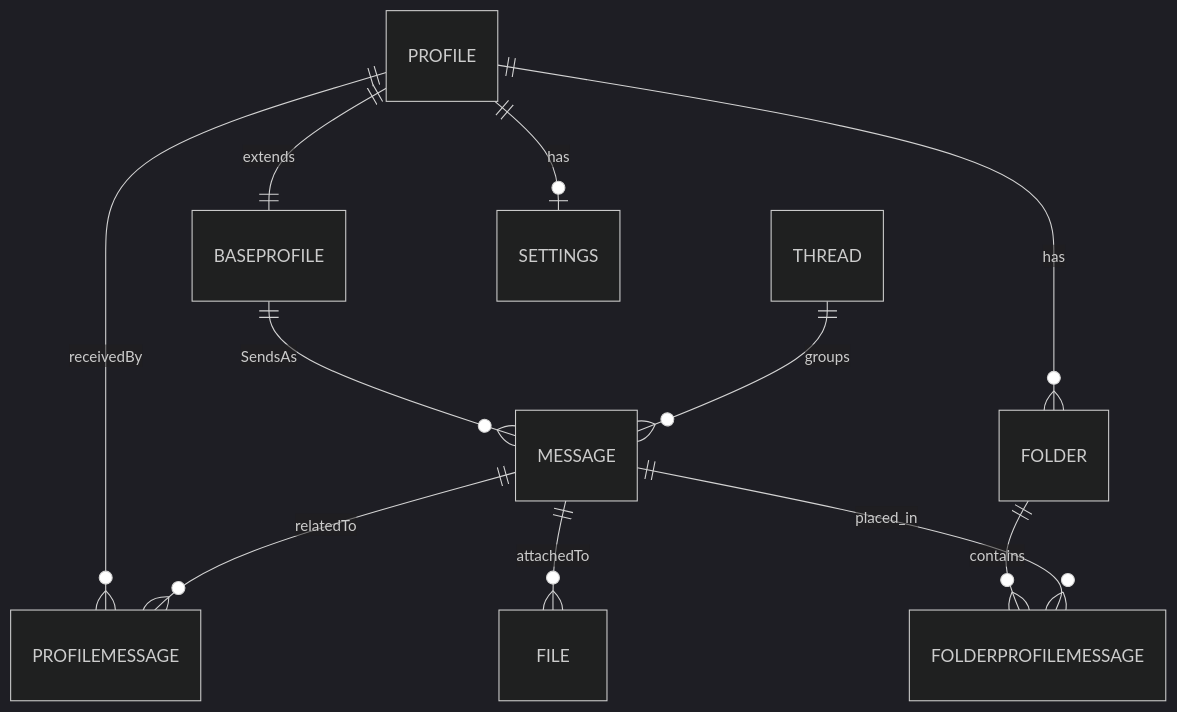
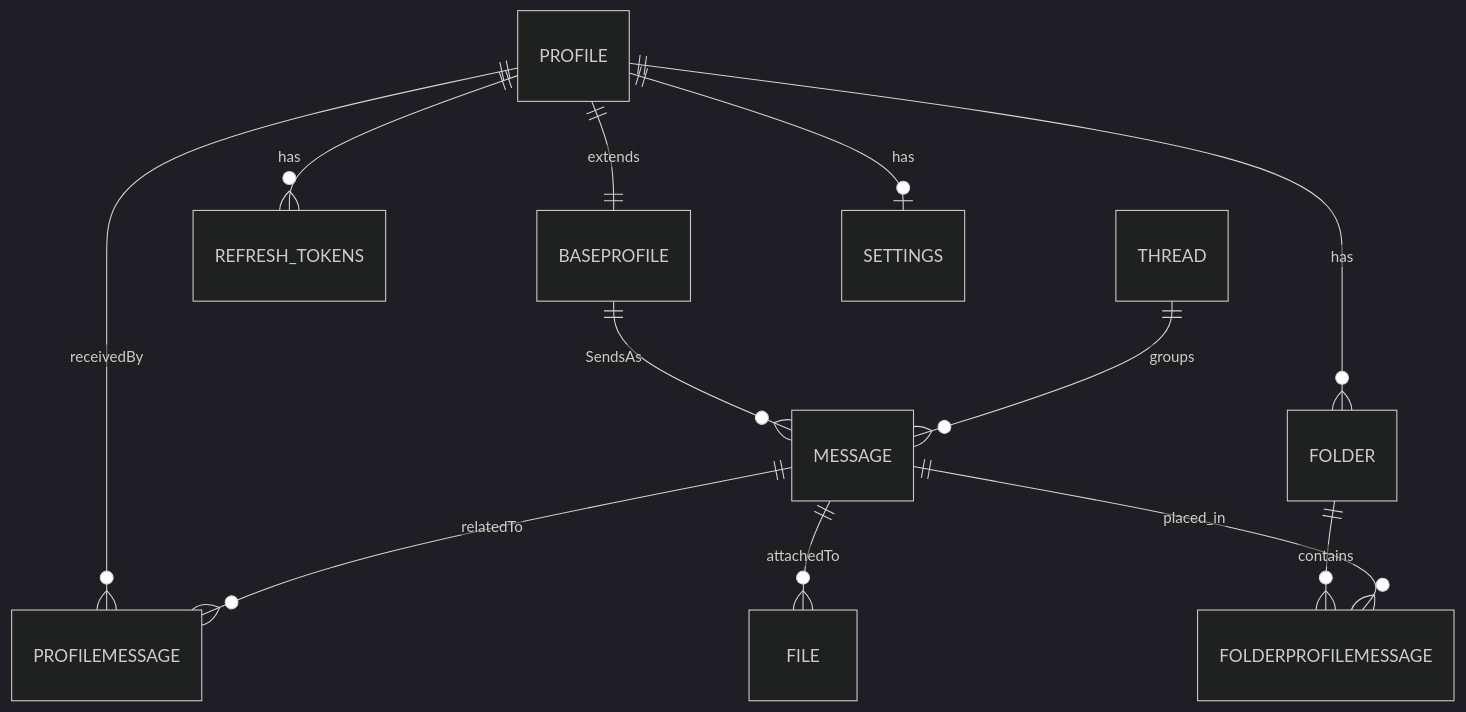
Before and after one commit to go-park-mail-ru/2025_2_A4Code: the first of 2 diagrams in db/normalized/RELATIONS.md, drawn with Mermaid (dark theme). The commit also changed other lines of this file and 3 other files, not shown here.

````diff
--- a/db/normalized/RELATIONS.md
+++ b/db/normalized/RELATIONS.md
@@ -82,23 +95,25 @@
 ```mermaid
 erDiagram
     BASEPROFILE { }
     PROFILE { }
+    REFRESH_TOKENS { }
     MESSAGE { }
     THREAD { }
     FOLDER { }
     FILE { }
     FOLDERPROFILEMESSAGE { }
     PROFILEMESSAGE { }
     SETTINGS { }
 
     PROFILE ||--o| SETTINGS : "has"
+    PROFILE ||--o{ REFRESH_TOKENS : "has"
     MESSAGE ||--o{ PROFILEMESSAGE : "relatedTo"
     PROFILE ||--o{ PROFILEMESSAGE : "receivedBy"
     PROFILE ||--o{ FOLDER : "has"
     MESSAGE ||--o{ FOLDERPROFILEMESSAGE : "placed_in"
     FOLDER ||--o{ FOLDERPROFILEMESSAGE : "contains"
     MESSAGE ||--o{ FILE : "attachedTo"
     THREAD ||--o{ MESSAGE : "groups"
     PROFILE ||--|| BASEPROFILE : "extends"
     BASEPROFILE ||--o{ MESSAGE : "SendsAs"
 ```
````
